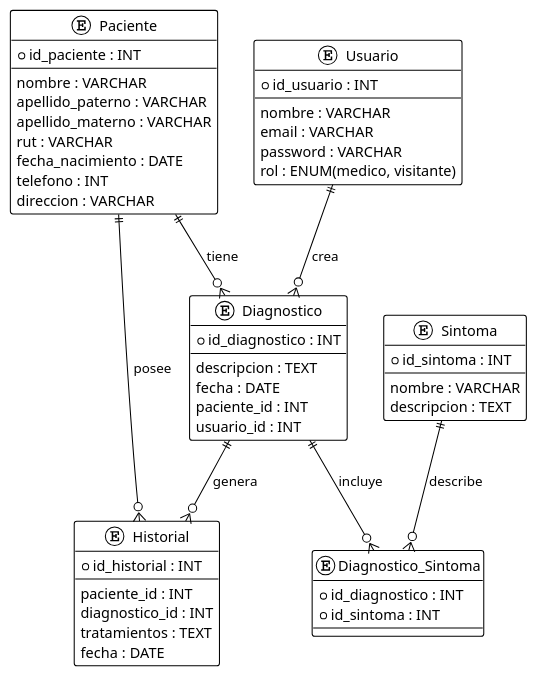
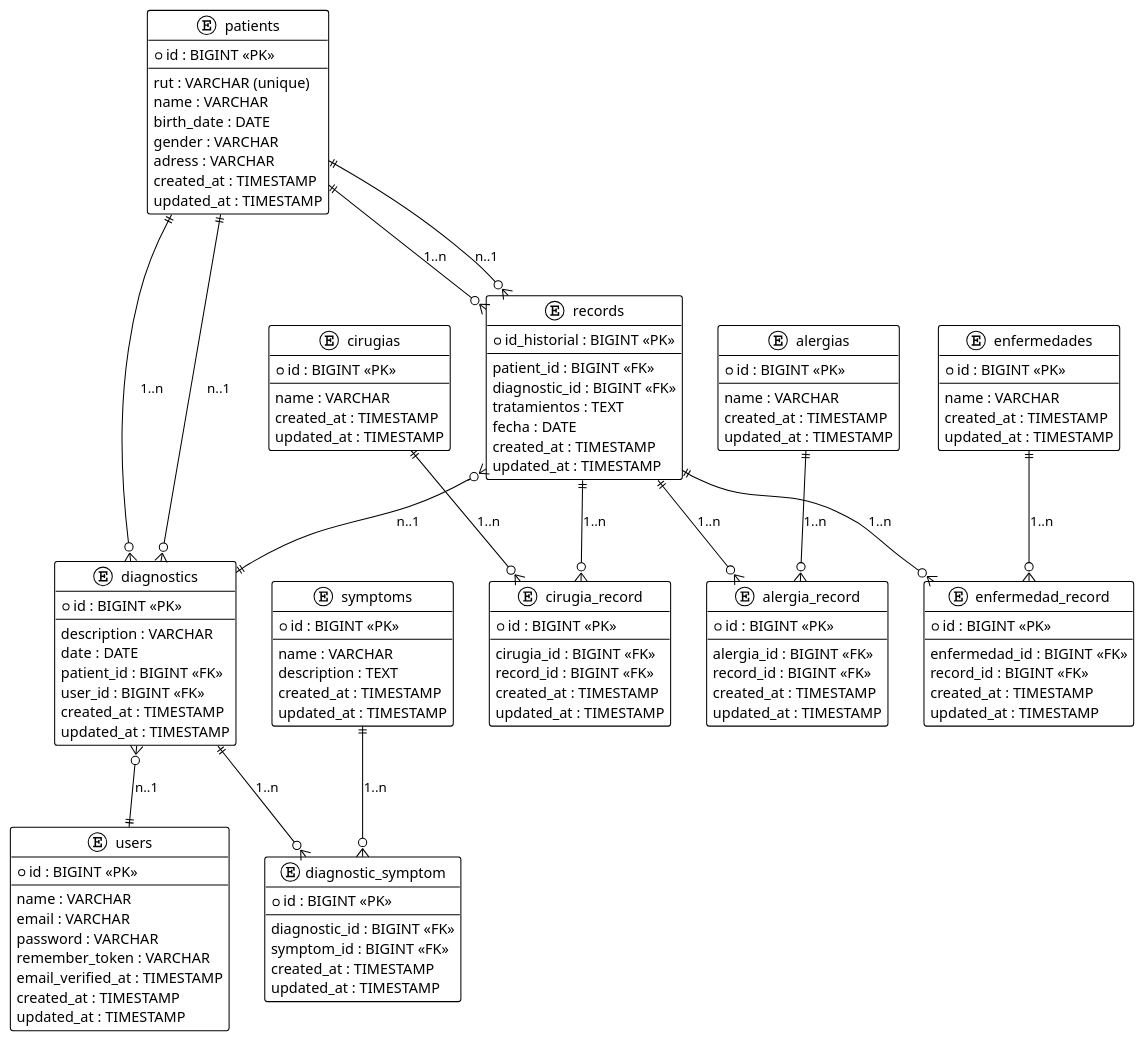
The diagram in MER.puml (ignacioandresr/MedicalDS), drawn with PlantUML before and after one commit. The commit also changed 16 other files, not shown here.

```diff
--- a/MER.puml
+++ b/MER.puml
@@ -1,62 +1,134 @@
-@startuml
+@startuml a
 !theme plain
 
-entity "Paciente" as Paciente {
-  *id_paciente : INT
+entity "patients" as patients {
+  *id : BIGINT <<PK>>
   --
-  nombre : VARCHAR
-  apellido_paterno : VARCHAR
-  apellido_materno : VARCHAR
-  rut : VARCHAR
-  fecha_nacimiento : DATE
-  telefono : INT
-  direccion : VARCHAR
+  rut : VARCHAR (unique)
+  name : VARCHAR
+  birth_date : DATE
+  gender : VARCHAR
+  adress : VARCHAR
+  created_at : TIMESTAMP
+  updated_at : TIMESTAMP
 }
 
-entity "Sintoma" as Sintoma {
-  *id_sintoma : INT
+entity "users" as users {
+  *id : BIGINT <<PK>>
   --
-  nombre : VARCHAR
-  descripcion : TEXT
+  name : VARCHAR
+  email : VARCHAR
+  password : VARCHAR
+  remember_token : VARCHAR
+  email_verified_at : TIMESTAMP
+  created_at : TIMESTAMP
+  updated_at : TIMESTAMP
 }
 
-entity "Diagnostico" as Diagnostico {
-  *id_diagnostico : INT
+entity "diagnostics" as diagnostics {
+  *id : BIGINT <<PK>>
   --
-  descripcion : TEXT
-  fecha : DATE
-  paciente_id : INT
-  usuario_id : INT
+  description : VARCHAR
+  date : DATE
+  patient_id : BIGINT <<FK>>
+  user_id : BIGINT <<FK>>
+  created_at : TIMESTAMP
+  updated_at : TIMESTAMP
 }
 
-entity "Historial" as Historial {
-  *id_historial : INT
+entity "records" as records {
+  *id_historial : BIGINT <<PK>>
   --
-  paciente_id : INT
-  diagnostico_id : INT
+  patient_id : BIGINT <<FK>>
+  diagnostic_id : BIGINT <<FK>>
   tratamientos : TEXT
   fecha : DATE
+  created_at : TIMESTAMP
+  updated_at : TIMESTAMP
 }
 
-entity "Usuario" as Usuario {
-  *id_usuario : INT
+entity "symptoms" as symptoms {
+  *id : BIGINT <<PK>>
   --
-  nombre : VARCHAR
-  email : VARCHAR
-  password : VARCHAR
-  rol : ENUM(medico, visitante)
+  name : VARCHAR
+  description : TEXT
+  created_at : TIMESTAMP
+  updated_at : TIMESTAMP
 }
 
-entity "Diagnostico_Sintoma" as DiagnosticoSintoma {
-  *id_diagnostico : INT
-  *id_sintoma : INT
+entity "diagnostic_symptom" as diagnostic_symptom {
+  *id : BIGINT <<PK>>
+  --
+  diagnostic_id : BIGINT <<FK>>
+  symptom_id : BIGINT <<FK>>
+  created_at : TIMESTAMP
+  updated_at : TIMESTAMP
 }
 
-Paciente ||--o{ Diagnostico : tiene
-Paciente ||--o{ Historial : posee
-Diagnostico ||--o{ Historial : genera
-Usuario ||--o{ Diagnostico : crea
-Diagnostico ||--o{ DiagnosticoSintoma : incluye
-Sintoma ||--o{ DiagnosticoSintoma : describe
+entity "enfermedades" as enfermedades {
+  *id : BIGINT <<PK>>
+  --
+  name : VARCHAR
+  created_at : TIMESTAMP
+  updated_at : TIMESTAMP
+}
+
+entity "enfermedad_record" as enfermedad_record {
+  *id : BIGINT <<PK>>
+  --
+  enfermedad_id : BIGINT <<FK>>
+  record_id : BIGINT <<FK>>
+  created_at : TIMESTAMP
+  updated_at : TIMESTAMP
+}
+
+entity "alergias" as alergias {
+  *id : BIGINT <<PK>>
+  --
+  name : VARCHAR
+  created_at : TIMESTAMP
+  updated_at : TIMESTAMP
+}
+
+entity "alergia_record" as alergia_record {
+  *id : BIGINT <<PK>>
+  --
+  alergia_id : BIGINT <<FK>>
+  record_id : BIGINT <<FK>>
+  created_at : TIMESTAMP
+  updated_at : TIMESTAMP
+}
+
+entity "cirugias" as cirugias {
+  *id : BIGINT <<PK>>
+  --
+  name : VARCHAR
+  created_at : TIMESTAMP
+  updated_at : TIMESTAMP
+}
+
+entity "cirugia_record" as cirugia_record {
+  *id : BIGINT <<PK>>
+  --
+  cirugia_id : BIGINT <<FK>>
+  record_id : BIGINT <<FK>>
+  created_at : TIMESTAMP
+  updated_at : TIMESTAMP
+}
+
+patients ||--o{ diagnostics : "1..n"
+patients ||--o{ records : "1..n"
+diagnostics ||--o{ diagnostic_symptom : "1..n"
+symptoms ||--o{ diagnostic_symptom : "1..n"
+diagnostics }o--|| patients : "n..1"
+diagnostics }o--|| users : "n..1"
+records }o--|| patients : "n..1"
+records }o--|| diagnostics : "n..1"
+enfermedades ||--o{ enfermedad_record : "1..n"
+alergias ||--o{ alergia_record : "1..n"
+cirugias ||--o{ cirugia_record : "1..n"
+records ||--o{ enfermedad_record : "1..n"
+records ||--o{ alergia_record : "1..n"
+records ||--o{ cirugia_record : "1..n"
 
 @enduml
```
